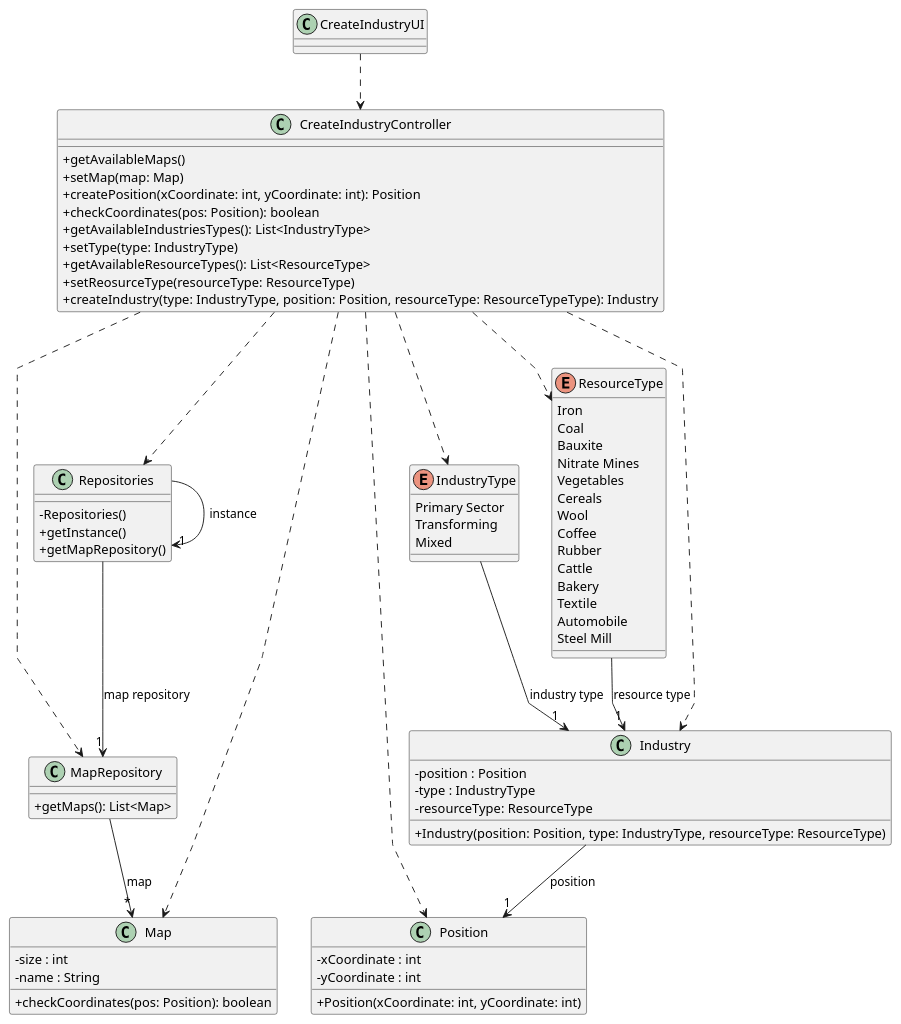
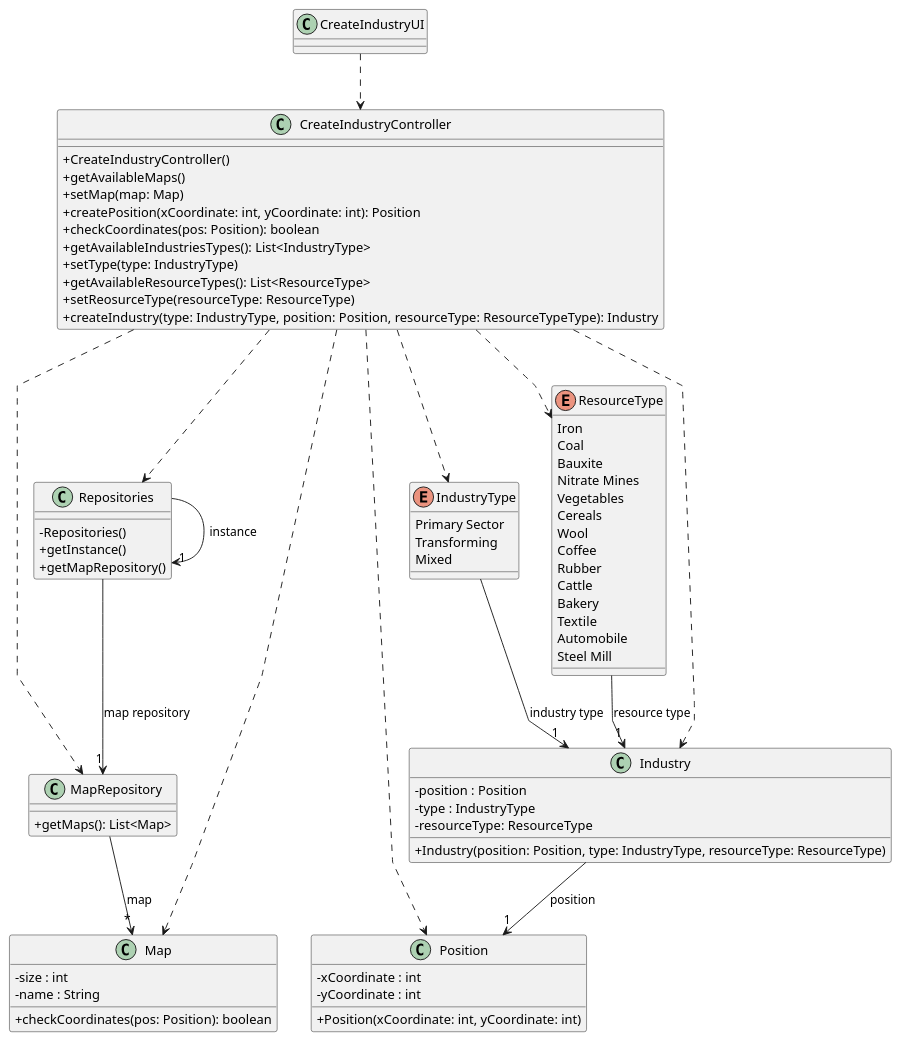
The diagram in Sprint2/US002/03.design/puml/US002-CD.puml (1240935/pi2-railway-simulator), drawn with PlantUML before and after one commit. The commit also changed 12 other files, not shown here.

```diff
--- a/Sprint2/US002/03.design/puml/US002-CD.puml
+++ b/Sprint2/US002/03.design/puml/US002-CD.puml
@@ -1,95 +1,96 @@
 @startuml
 'skinparam monochrome true
 skinparam packageStyle rectangle
 skinparam shadowing false
 skinparam linetype polyline
 'skinparam linetype orto
 
 skinparam classAttributeIconSize 0
 
 'left to right direction
 
   class CreateIndustryUI{
   }
 
   class CreateIndustryController {
+    +CreateIndustryController()
     +getAvailableMaps()
     +setMap(map: Map)
     +createPosition(xCoordinate: int, yCoordinate: int): Position
     +checkCoordinates(pos: Position): boolean
     +getAvailableIndustriesTypes(): List<IndustryType>
     +setType(type: IndustryType)
     +getAvailableResourceTypes(): List<ResourceType>
     +setReosurceType(resourceType: ResourceType)
     +createIndustry(type: IndustryType, position: Position, resourceType: ResourceTypeType): Industry
   }
 
 
   class Repositories {
       - Repositories()
       + getInstance()
       + getMapRepository()
   }
   class MapRepository {
     +getMaps(): List<Map>
   }
 
   class Industry {
     -position : Position
     -type : IndustryType
     -resourceType: ResourceType
     +Industry(position: Position, type: IndustryType, resourceType: ResourceType)
   }
 
   class Map {
     - size : int
     - name : String
     +checkCoordinates(pos: Position): boolean
   }
 
   class Position {
     -xCoordinate : int
     -yCoordinate : int
     +Position(xCoordinate: int, yCoordinate: int)
   }
 
   enum IndustryType{
     Primary Sector
     Transforming
     Mixed
   }
 
   enum ResourceType{
     Iron
     Coal
     Bauxite
     Nitrate Mines
     Vegetables
     Cereals
     Wool
     Coffee
     Rubber
     Cattle
     Bakery
     Textile
     Automobile
     Steel Mill
   }
 
 
 CreateIndustryUI ..> CreateIndustryController
 CreateIndustryController ..>  Repositories
 CreateIndustryController ..>  MapRepository
 CreateIndustryController ..>  Map
 CreateIndustryController ..> Position
 CreateIndustryController ..> IndustryType
 CreateIndustryController ..> ResourceType
 CreateIndustryController ..> Industry
 Repositories --> "1" MapRepository : map repository
 Repositories -> "1" Repositories : instance
 MapRepository --> "*" Map : map
 Industry --> "1" Position : position
 IndustryType --> "1" Industry : industry type
 ResourceType --> "1" Industry : resource type
 
 @enduml
```
